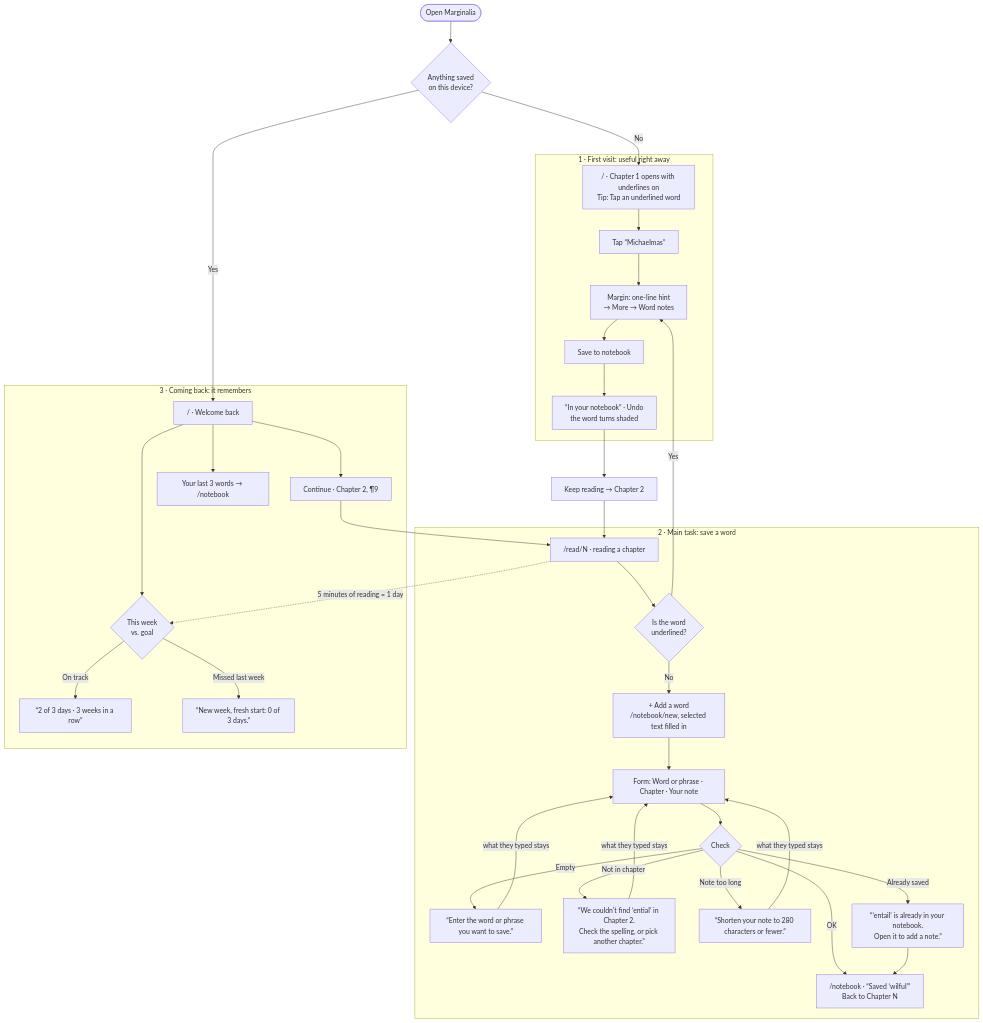
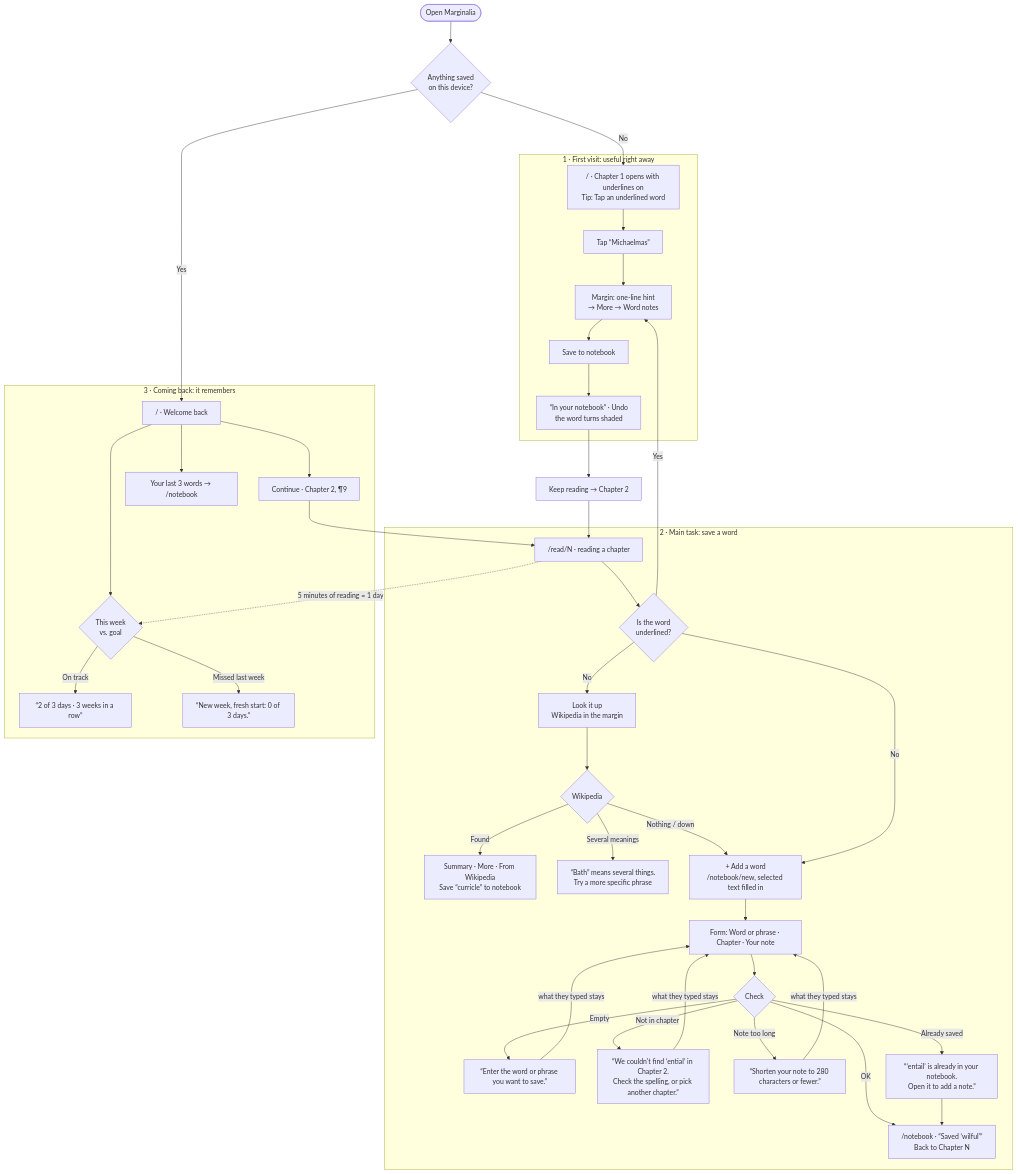
One commit to Rogernarten/Marginalia-fullstack changed the diagram in flows.md. Above: the diagram before and after it, drawn with Mermaid. The commit also changed other lines of this file and 13 other files, not shown here.

First line of the commit message:
Look things up on Wikipedia from the margin

````diff
--- a/flows.md
+++ b/flows.md
@@ -7,40 +7,45 @@
 ```mermaid
 flowchart TD
   open(["Open Marginalia"]) --> saved{"Anything saved<br/>on this device?"}
   saved -- No --> ch1
   saved -- Yes --> home
 
   subgraph first["1 · First visit: useful right away"]
     ch1["/ · Chapter 1 opens with underlines on<br/>Tip: Tap an underlined word"] --> tap["Tap “Michaelmas”"]
     tap --> margin["Margin: one-line hint<br/>→ More → Word notes"]
     margin --> quick["Save to notebook"]
     quick --> toast["“In your notebook” · Undo<br/>the word turns shaded"]
   end
 
   subgraph task["2 · Main task: save a word"]
     read["/read/N · reading a chapter"] --> under{"Is the word<br/>underlined?"}
     under -- Yes --> margin
+    under -- No --> look["Look it up<br/>Wikipedia in the margin"]
+    look --> found{"Wikipedia"}
+    found -- Found --> wsave["Summary · More · From Wikipedia<br/>Save “curricle” to notebook"]
+    found -- Several meanings --> amb["“Bath” means several things.<br/>Try a more specific phrase"]
+    found -- Nothing / down --> add
     under -- No --> add["+ Add a word<br/>/notebook/new, selected text filled in"]
     add --> form["Form: Word or phrase · Chapter · Your note"]
     form --> check{"Check"}
     check -- Empty --> e1["“Enter the word or phrase you want to save.”"]
     check -- Not in chapter --> e2["“We couldn't find ‘ential’ in Chapter 2.<br/>Check the spelling, or pick another chapter.”"]
     check -- Note too long --> e4["“Shorten your note to 280 characters or fewer.”"]
     e1 & e2 & e4 -- "what they typed stays" --> form
     check -- Already saved --> e3["“‘entail’ is already in your notebook.<br/>Open it to add a note.”"]
     check -- OK --> nb["/notebook · “Saved ‘wilful’”<br/>Back to Chapter N"]
     e3 --> nb
   end
 
   subgraph back["3 · Coming back: it remembers"]
     home["/ · Welcome back"] --> cont["Continue · Chapter 2, ¶9"]
     home --> week{"This week<br/>vs. goal"}
     week -- On track --> on["“2 of 3 days · 3 weeks in a row”"]
     week -- Missed last week --> fresh["“New week, fresh start: 0 of 3 days.”"]
     home --> recent["Your last 3 words → /notebook"]
   end
 
   toast --> next["Keep reading → Chapter 2"] --> read
   cont --> read
   read -. "5 minutes of reading = 1 day" .-> week
 ```
````
